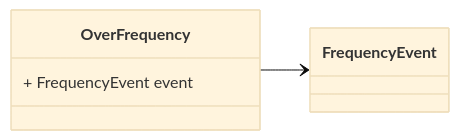
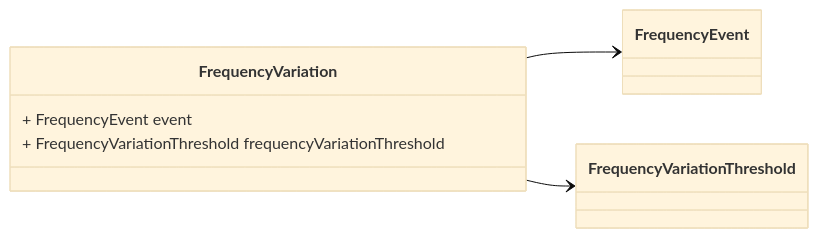
Diagram 16 of 20 in docs/data_format/grid/v1/grid_event.proto.md (zaphiro-technologies/protobuf), drawn with Mermaid (base theme) before and after one commit. The commit also changed other lines of this file and 13 other files, not shown here.

First line of the commit message:
`FrequencyVariations`: add `FrequencyVariationThreshold` field to better support EN5160 and EU 2017/1485 (#155)

````diff
--- a/docs/data_format/grid/v1/grid_event.proto.md
+++ b/docs/data_format/grid/v1/grid_event.proto.md
@@ -385,12 +433,14 @@
 ```mermaid
 classDiagram
 direction LR
 
 %% 
 
-class OverFrequency {
+class FrequencyVariation {
   + FrequencyEvent event
+  + FrequencyVariationThreshold frequencyVariationThreshold
 }
-OverFrequency --> `FrequencyEvent`
+FrequencyVariation --> `FrequencyEvent`
+FrequencyVariation --> `FrequencyVariationThreshold`
 
 ```
````
